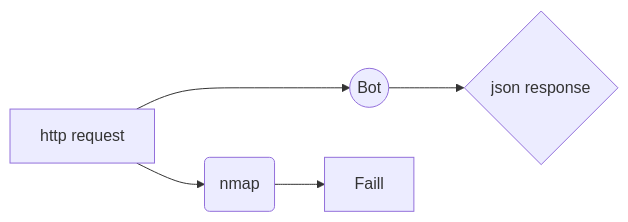
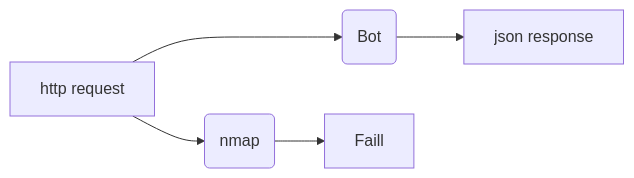
The first of 2 diagrams in README.md (WILLRDNK/BotWare-API), drawn with Mermaid before and after one commit. The commit also changed other lines of this file, not shown here.

````diff
--- a/README.md
+++ b/README.md
@@ -11,7 +11,7 @@
 ```mermaid
 graph LR
-A[http request] ---> B((Bot))
+A[http request] ---> B(Bot)
 A --> C(nmap)
-B --> D{json response}
+B -->D[json response]
 C --> Faill
 ```
````
